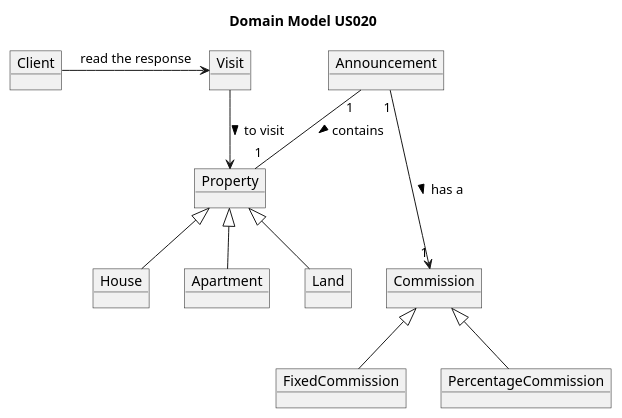
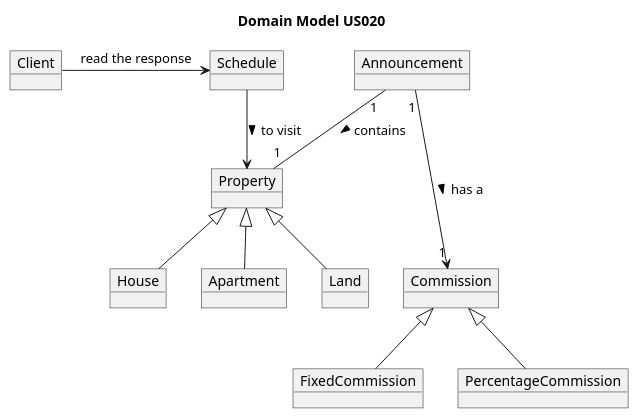
One commit to tiagohcorreia/LAPR2 changed the diagram in docs/sprintD/US020/02.analysis/puml/DM.puml. Above: the diagram before and after it, drawn with PlantUML. The commit also changed 12 other files, not shown here.

Commit message:
[US020] Class diagram updated. System sequence diagram updated. Domain Model updaded

```diff
--- a/docs/sprintD/US020/02.analysis/puml/DM.puml
+++ b/docs/sprintD/US020/02.analysis/puml/DM.puml
@@ -1,60 +1,60 @@
 @startuml
 
 title Domain Model US020
 
 object Client {
 
 }
 
-object Visit {
+object Schedule {
 
 }
 
 object Announcement {
 
 }
 
 object Property {
 
 }
 
 object House {
 
 
 }
 
 object Apartment {
 
 }
 
 object Land {
 
 }
 
-object Commission{
+object Commission {
 
 }
 
 object FixedCommission {
 
 }
 
 object PercentageCommission {
 
 }
 
-Client -> Visit: read the response
+Client -> Schedule: read the response
 
 Announcement "1" -- "1" Property: contains >
 Announcement "1" ---> "1" Commission: has a >
 
 Property <|-- House
 Property <|-- Apartment
 Property <|-- Land
 
 Commission <|-- FixedCommission
 Commission <|-- PercentageCommission
 
-Visit --> Property: to visit >
+Schedule --> Property: to visit >
 
 @enduml
```
